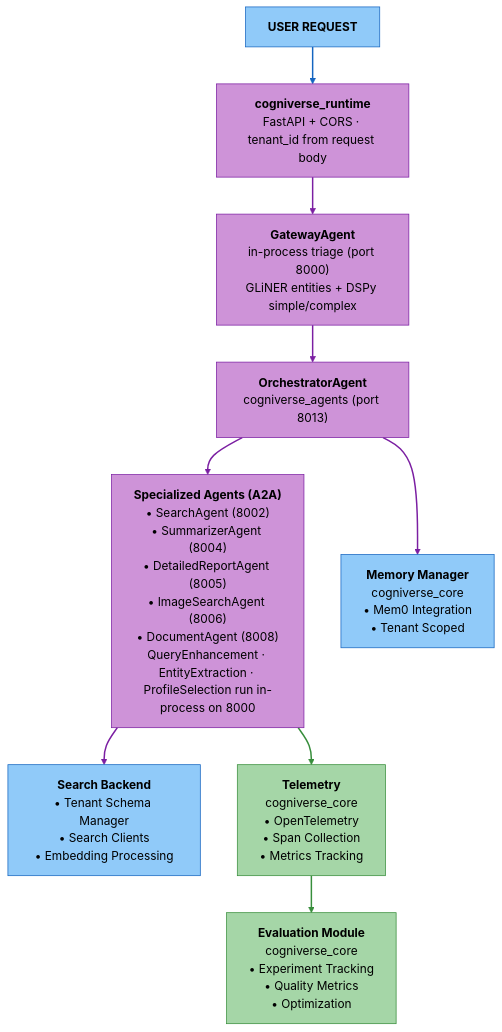
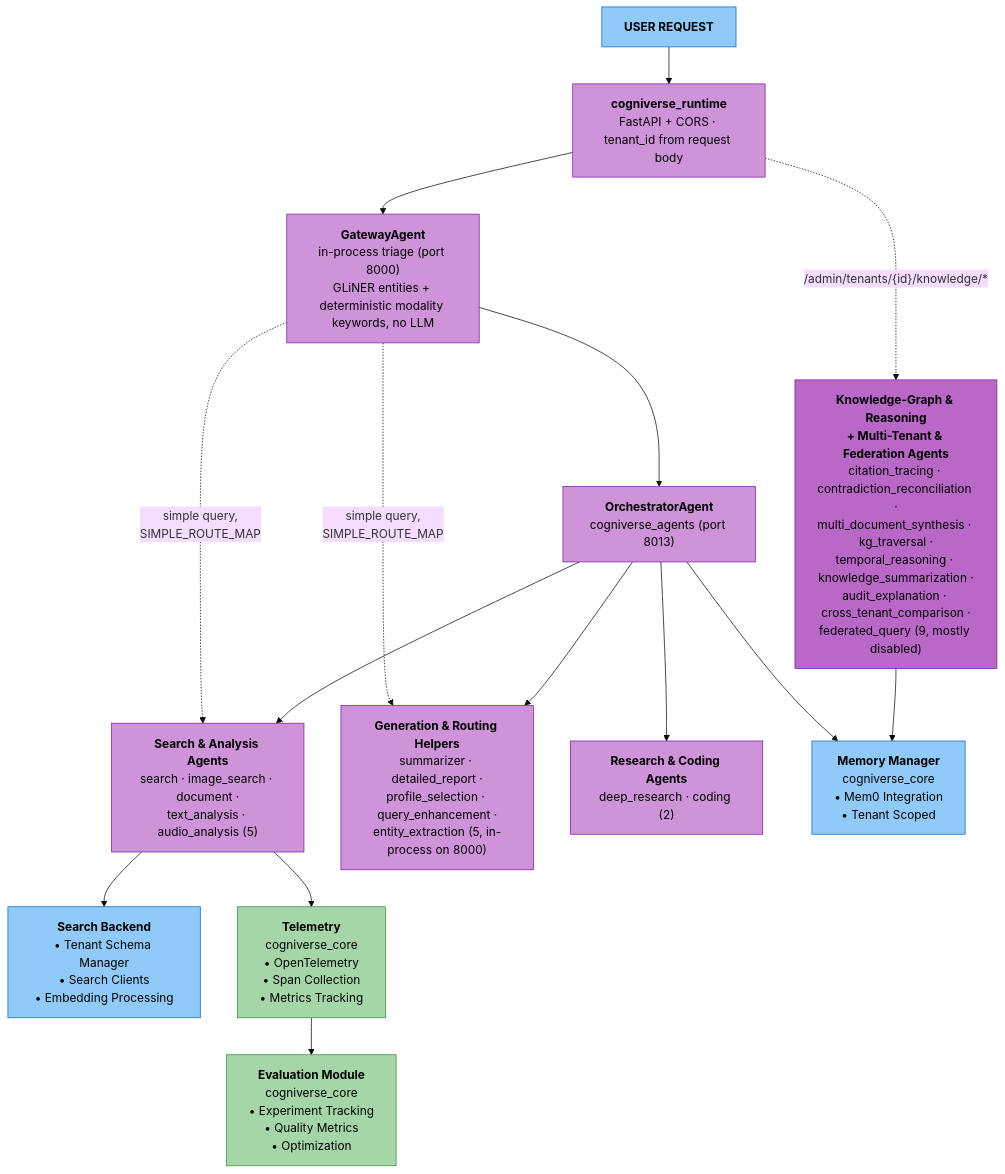
Before and after one commit to amit-jain/cogniverse: the fifth of 6 diagrams in docs/architecture/overview.md, drawn with Mermaid (base theme). The commit also changed other lines of this file and 7 other files, not shown here.

First line of the commit message:
Document all 23 agents and convert diagrams to mermaid

````diff
--- a/docs/architecture/overview.md
+++ b/docs/architecture/overview.md
@@ -517,32 +517,40 @@
 ```mermaid
 flowchart TB
     User["<span style='color:#000'><b>USER REQUEST</b></span>"] --> Runtime["<span style='color:#000'><b>cogniverse_runtime</b><br/>FastAPI + CORS · tenant_id from request body</span>"]
 
-    Runtime --> Gateway["<span style='color:#000'><b>GatewayAgent</b><br/>in-process triage (port 8000)<br/>GLiNER entities + DSPy simple/complex</span>"]
+    Runtime --> Gateway["<span style='color:#000'><b>GatewayAgent</b><br/>in-process triage (port 8000)<br/>GLiNER entities + deterministic modality keywords, no LLM</span>"]
 
     Gateway --> Orchestrator["<span style='color:#000'><b>OrchestratorAgent</b><br/>cogniverse_agents (port 8013)</span>"]
 
-    Orchestrator --> Agents["<span style='color:#000'><b>Specialized Agents (A2A)</b><br/>• SearchAgent (8002)<br/>• SummarizerAgent (8004)<br/>• DetailedReportAgent (8005)<br/>• ImageSearchAgent (8006)<br/>• DocumentAgent (8008)<br/>QueryEnhancement · EntityExtraction · ProfileSelection run in-process on 8000</span>"]
+    Gateway -.->|"simple query,<br/>SIMPLE_ROUTE_MAP"| SearchAnalysis
+    Gateway -.->|"simple query,<br/>SIMPLE_ROUTE_MAP"| GenRouting
 
-    Agents --> Backend["<span style='color:#000'><b>Search Backend</b><br/>• Tenant Schema Manager<br/>• Search Clients<br/>• Embedding Processing</span>"]
+    Orchestrator --> SearchAnalysis["<span style='color:#000'><b>Search &amp; Analysis Agents</b><br/>search · image_search · document ·<br/>text_analysis · audio_analysis (5)</span>"]
+    Orchestrator --> GenRouting["<span style='color:#000'><b>Generation &amp; Routing Helpers</b><br/>summarizer · detailed_report ·<br/>profile_selection · query_enhancement ·<br/>entity_extraction (5, in-process on 8000)</span>"]
+    Orchestrator --> ResearchCoding["<span style='color:#000'><b>Research &amp; Coding Agents</b><br/>deep_research · coding (2)</span>"]
+
+    Runtime -.->|"/admin/tenants/{id}/knowledge/*"| KnowledgeTier["<span style='color:#000'><b>Knowledge-Graph &amp; Reasoning<br/>+ Multi-Tenant &amp; Federation Agents</b><br/>citation_tracing · contradiction_reconciliation ·<br/>multi_document_synthesis · kg_traversal ·<br/>temporal_reasoning · knowledge_summarization ·<br/>audit_explanation · cross_tenant_comparison ·<br/>federated_query (9, mostly disabled)</span>"]
+
+    SearchAnalysis --> Backend["<span style='color:#000'><b>Search Backend</b><br/>• Tenant Schema Manager<br/>• Search Clients<br/>• Embedding Processing</span>"]
 
     Orchestrator --> Memory["<span style='color:#000'><b>Memory Manager</b><br/>cogniverse_core<br/>• Mem0 Integration<br/>• Tenant Scoped</span>"]
 
-    Agents --> Telemetry["<span style='color:#000'><b>Telemetry</b><br/>cogniverse_core<br/>• OpenTelemetry<br/>• Span Collection<br/>• Metrics Tracking</span>"]
+    KnowledgeTier --> Memory
+
+    SearchAnalysis --> Telemetry["<span style='color:#000'><b>Telemetry</b><br/>cogniverse_core<br/>• OpenTelemetry<br/>• Span Collection<br/>• Metrics Tracking</span>"]
 
     Telemetry --> Evaluation["<span style='color:#000'><b>Evaluation Module</b><br/>cogniverse_core<br/>• Experiment Tracking<br/>• Quality Metrics<br/>• Optimization</span>"]
 
     style User fill:#90caf9,stroke:#1565c0,color:#000
     style Runtime fill:#ce93d8,stroke:#7b1fa2,color:#000
     style Gateway fill:#ce93d8,stroke:#7b1fa2,color:#000
     style Orchestrator fill:#ce93d8,stroke:#7b1fa2,color:#000
-    style Agents fill:#ce93d8,stroke:#7b1fa2,color:#000
+    style SearchAnalysis fill:#ce93d8,stroke:#7b1fa2,color:#000
+    style GenRouting fill:#ce93d8,stroke:#7b1fa2,color:#000
+    style ResearchCoding fill:#ce93d8,stroke:#7b1fa2,color:#000
+    style KnowledgeTier fill:#ba68c8,stroke:#7b1fa2,color:#000
     style Backend fill:#90caf9,stroke:#1565c0,color:#000
     style Memory fill:#90caf9,stroke:#1565c0,color:#000
     style Telemetry fill:#a5d6a7,stroke:#388e3c,color:#000
     style Evaluation fill:#a5d6a7,stroke:#388e3c,color:#000
-
-    linkStyle 0 stroke:#1565c0,stroke-width:2px
-    linkStyle 1,2,3,4,5 stroke:#7b1fa2,stroke-width:2px
-    linkStyle 6,7 stroke:#388e3c,stroke-width:2px
 ```
````
